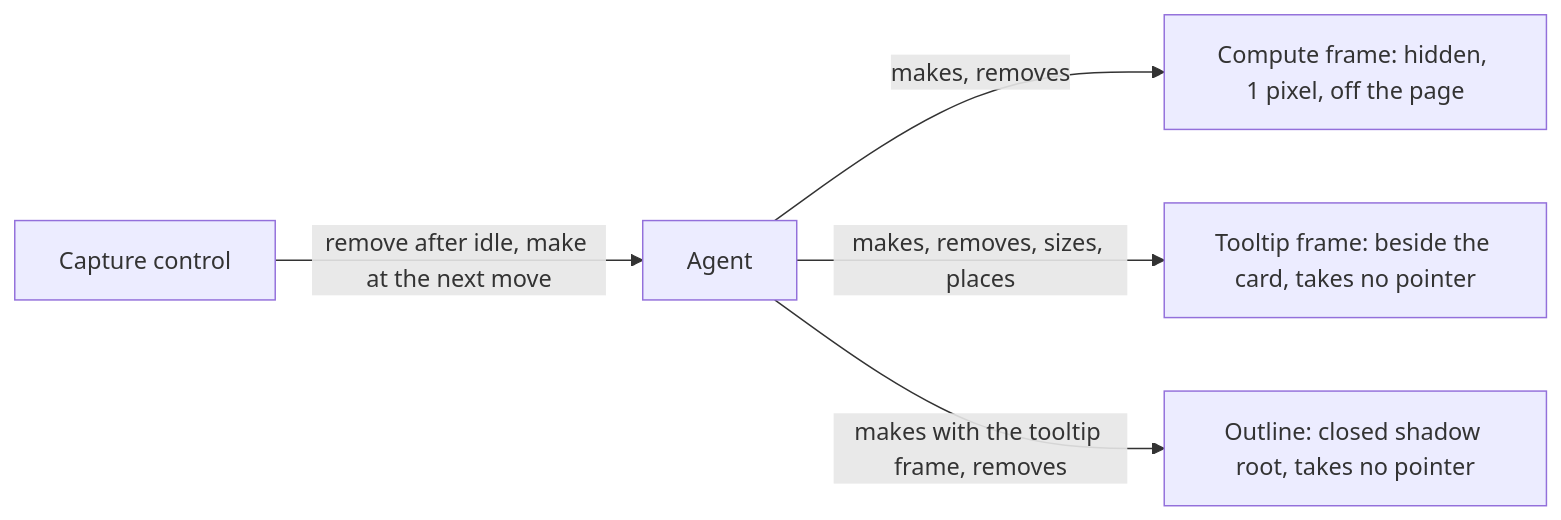
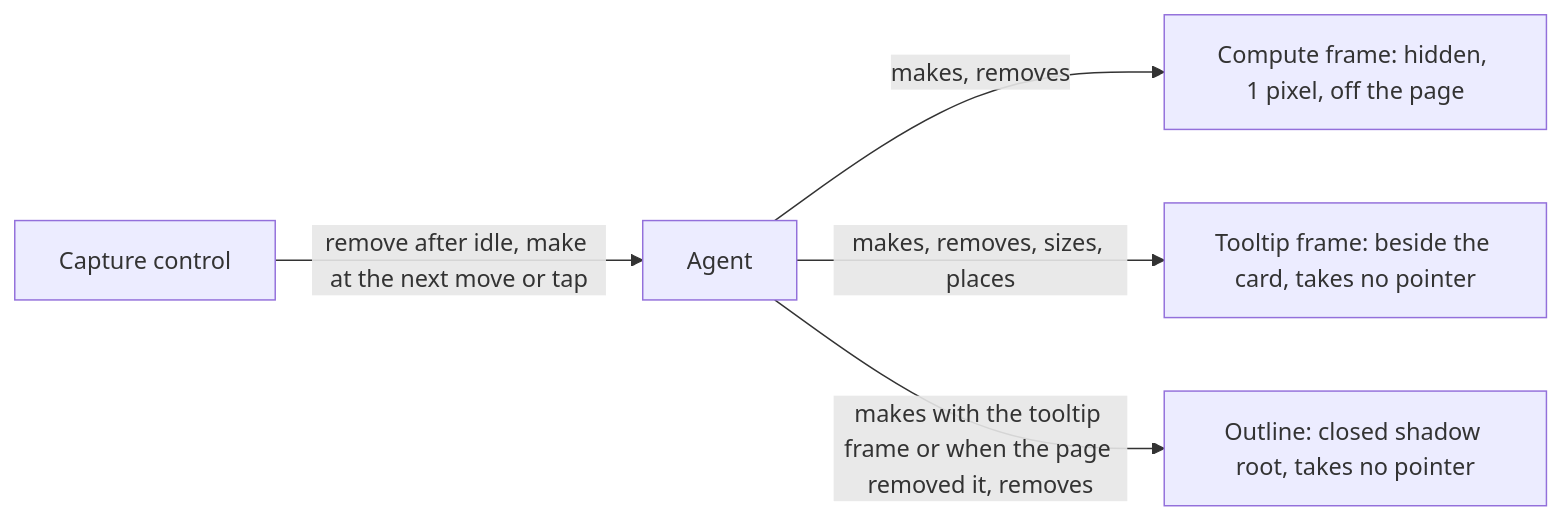
One commit to ryangswe/kenbunshoku changed the second of 14 diagrams in docs/hover-map.md. Above: the diagram before and after it, drawn with Mermaid. The commit also changed other lines of this file and 4 other files, not shown here.

````diff
--- a/docs/hover-map.md
+++ b/docs/hover-map.md
@@ -122,13 +130,13 @@
 ```mermaid
 flowchart LR
   AG["Agent"]
   CFR["Compute frame: hidden, 1 pixel, off the page"]
   TFR["Tooltip frame: beside the card, takes no pointer"]
   OUT["Outline: closed shadow root, takes no pointer"]
   CC["Capture control"]
 
   AG -->|"makes, removes"| CFR
   AG -->|"makes, removes, sizes, places"| TFR
-  AG -->|"makes with the tooltip frame, removes"| OUT
-  CC -->|"remove after idle, make at the next move"| AG
+  AG -->|"makes with the tooltip frame or when the page removed it, removes"| OUT
+  CC -->|"remove after idle, make at the next move or tap"| AG
 ```
````
